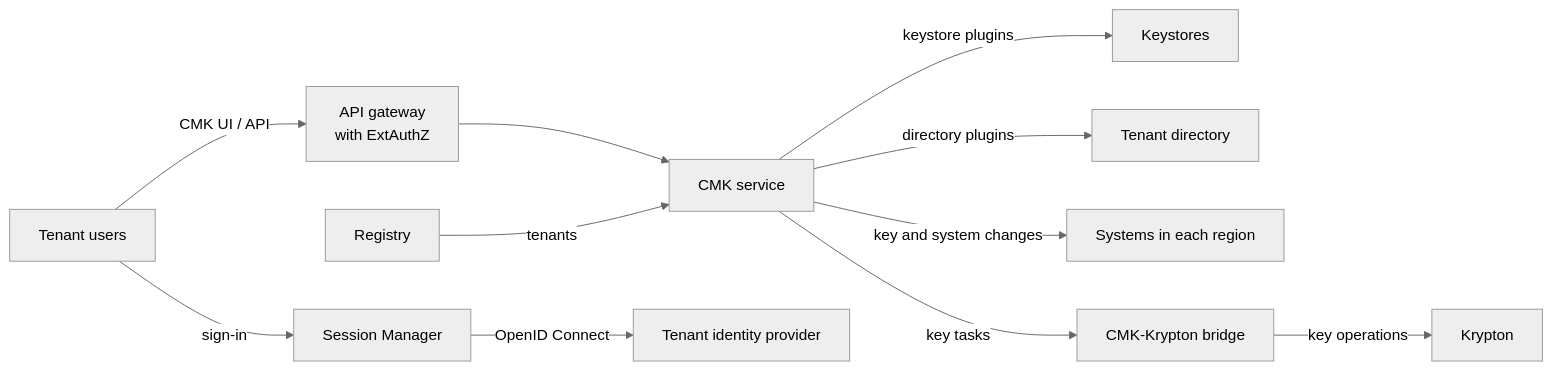
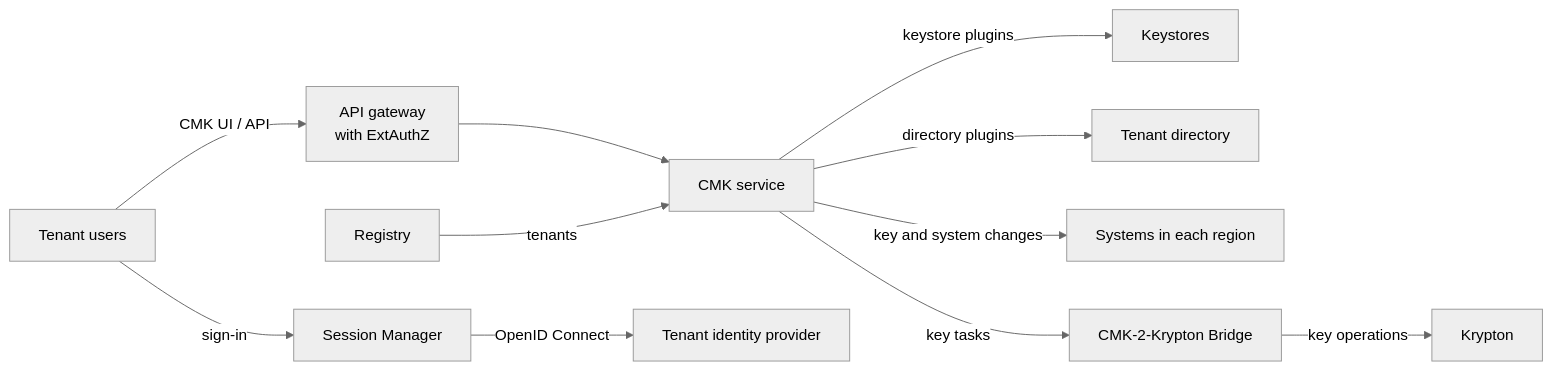
Before and after one commit to openkcm/openkcm.github.io: the diagram in docs/overview/cmk.md, drawn with Mermaid (neutral theme). The commit also changed other lines of this file and 9 other files, not shown here.

````diff
--- a/docs/overview/cmk.md
+++ b/docs/overview/cmk.md
@@ -56,13 +56,13 @@
 ```mermaid
 flowchart LR
     U["Tenant users"] -- "CMK UI / API" --> GW["API gateway<br/>with ExtAuthZ"]
     GW --> C["CMK service"]
     U -- "sign-in" --> SM["Session Manager"]
     SM -- "OpenID Connect" --> IdP["Tenant identity provider"]
     C -- "keystore plugins" --> KS["Keystores"]
     C -- "directory plugins" --> Dir["Tenant directory"]
     R["Registry"] -- "tenants" --> C
     C -- "key and system changes" --> S["Systems in each region"]
-    C -- "key tasks" --> BR["CMK-Krypton bridge"]
+    C -- "key tasks" --> BR["CMK-2-Krypton Bridge"]
     BR -- "key operations" --> KR["Krypton"]
 ```
````
